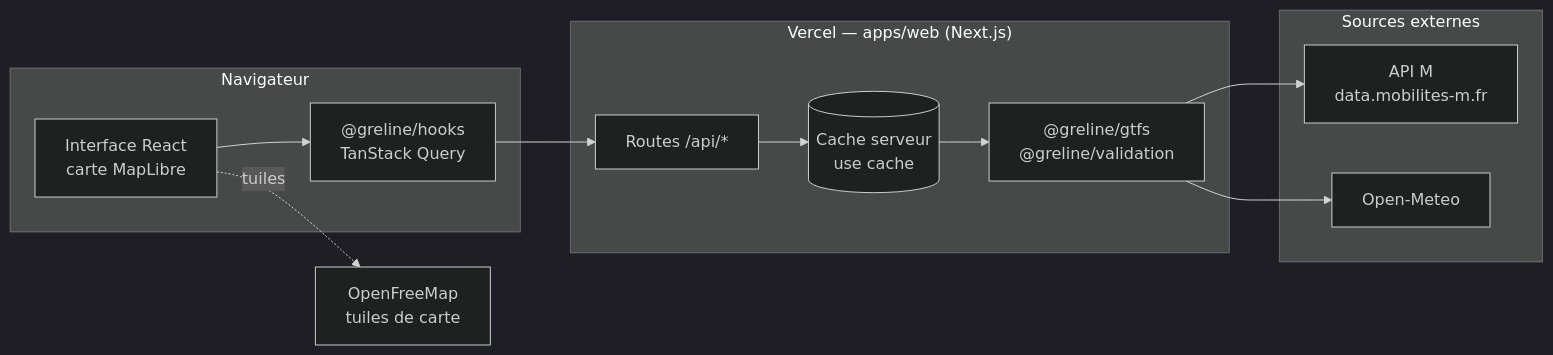
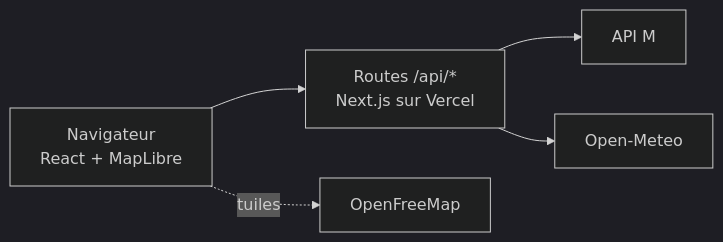
Before and after one commit to Feareis/greline: the diagram in README.md, drawn with Mermaid (dark theme). The commit also changed other lines of this file, not shown here.

````diff
--- a/README.md
+++ b/README.md
@@ -57,26 +41,7 @@
 ```mermaid
 flowchart LR
-    subgraph Client["Navigateur"]
-        UI["Interface React<br/>carte MapLibre"]
-        Hooks["@greline/hooks<br/>TanStack Query"]
-    end
-
-    subgraph Vercel["Vercel — apps/web (Next.js)"]
-        API["Routes /api/*"]
-        Cache[("Cache serveur<br/>use cache")]
-        Core["@greline/gtfs<br/>@greline/validation"]
-    end
-
-    subgraph Ext["Sources externes"]
-        M["API M<br/>data.mobilites-m.fr"]
-        Meteo["Open-Meteo"]
-    end
-
-    Tiles["OpenFreeMap<br/>tuiles de carte"]
-
-    UI --> Hooks --> API
-    API --> Cache --> Core
-    Core --> M
-    Core --> Meteo
-    UI -. tuiles .-> Tiles
+    UI["Navigateur<br/>React + MapLibre"] --> API["Routes /api/*<br/>Next.js sur Vercel"]
+    API --> M["API M"]
+    API --> Meteo["Open-Meteo"]
+    UI -. tuiles .-> Tiles["OpenFreeMap"]
 ```
````
